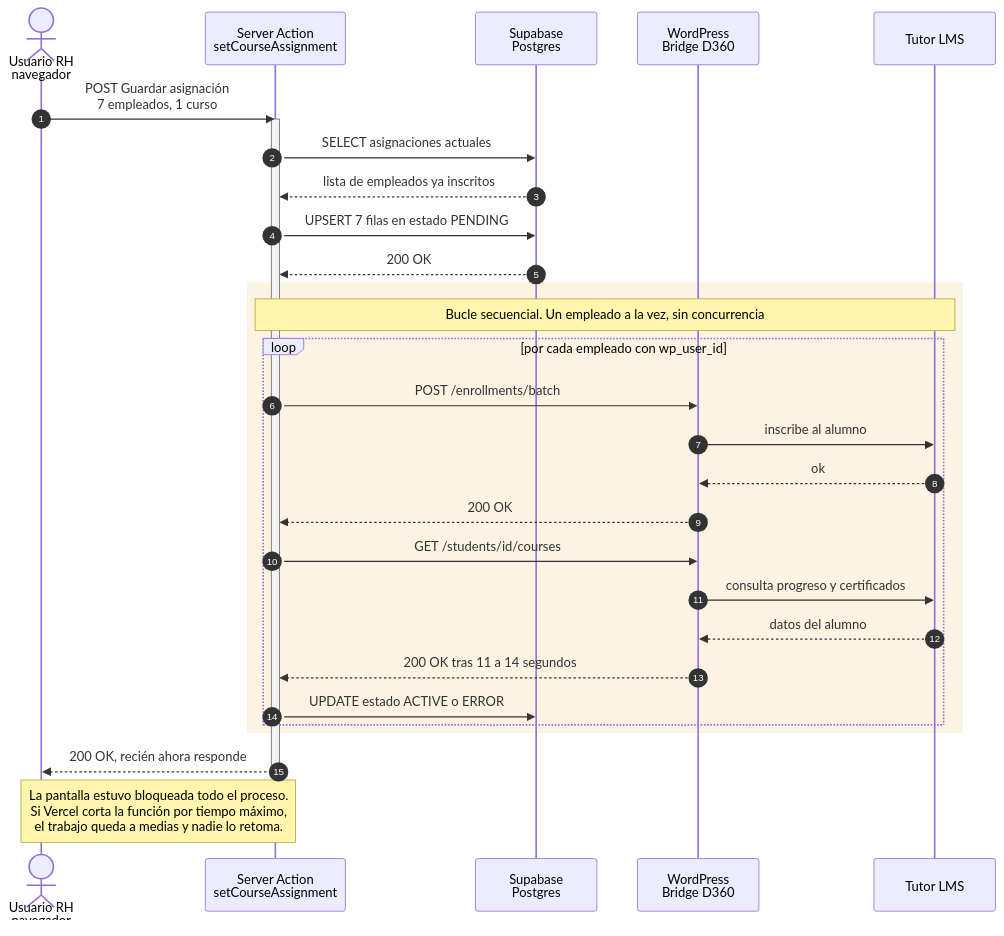
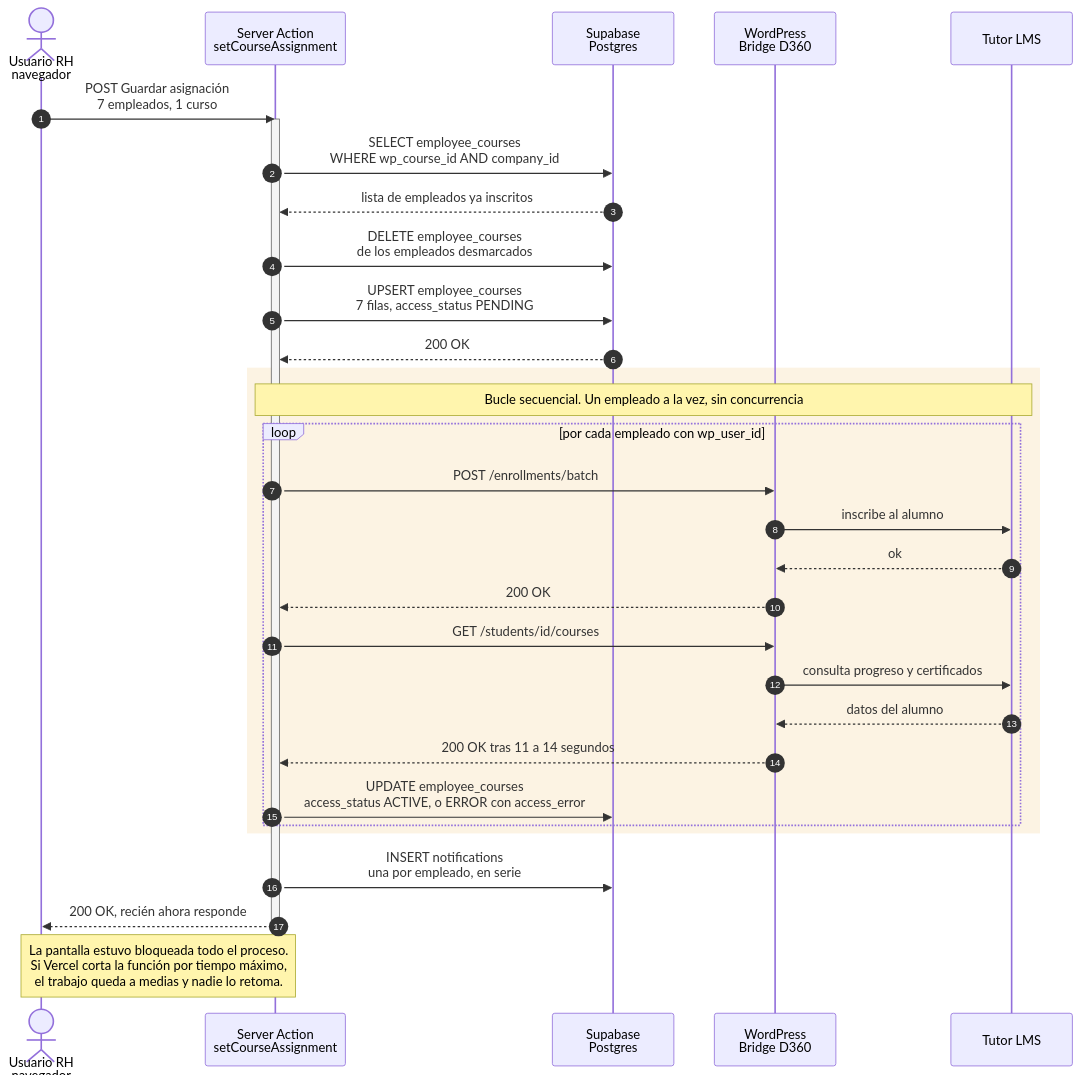
One commit to Paytini/desarrolla_sistema changed the first of 4 diagrams in docs-observability/PLAN-COLA-ASIGNACIONES.md. Above: the diagram before and after it, drawn with Mermaid. The commit also changed other lines of this file and 2 other files, not shown here.

First line of the commit message:
docs: análisis del plugin puente con Tutor LMS

````diff
--- a/docs-observability/PLAN-COLA-ASIGNACIONES.md
+++ b/docs-observability/PLAN-COLA-ASIGNACIONES.md
@@ -75,38 +92,40 @@
 ```mermaid
 sequenceDiagram
     autonumber
     actor RH as Usuario RH<br/>navegador
     participant SA as Server Action<br/>setCourseAssignment
     participant PG as Supabase<br/>Postgres
     participant WP as WordPress<br/>Bridge D360
     participant TU as Tutor LMS
 
     RH->>SA: POST Guardar asignación<br/>7 empleados, 1 curso
     activate SA
 
-    SA->>PG: SELECT asignaciones actuales
+    SA->>PG: SELECT employee_courses<br/>WHERE wp_course_id AND company_id
     PG-->>SA: lista de empleados ya inscritos
 
-    SA->>PG: UPSERT 7 filas en estado PENDING
+    SA->>PG: DELETE employee_courses<br/>de los empleados desmarcados
+    SA->>PG: UPSERT employee_courses<br/>7 filas, access_status PENDING
     PG-->>SA: 200 OK
 
     rect rgb(252, 243, 227)
     Note over SA,TU: Bucle secuencial. Un empleado a la vez, sin concurrencia
     loop por cada empleado con wp_user_id
         SA->>WP: POST /enrollments/batch
         WP->>TU: inscribe al alumno
         TU-->>WP: ok
         WP-->>SA: 200 OK
         SA->>WP: GET /students/id/courses
         WP->>TU: consulta progreso y certificados
         TU-->>WP: datos del alumno
         WP-->>SA: 200 OK tras 11 a 14 segundos
-        SA->>PG: UPDATE estado ACTIVE o ERROR
+        SA->>PG: UPDATE employee_courses<br/>access_status ACTIVE, o ERROR con access_error
     end
     end
 
+    SA->>PG: INSERT notifications<br/>una por empleado, en serie
     SA-->>RH: 200 OK, recién ahora responde
     deactivate SA
 
     Note over RH,SA: La pantalla estuvo bloqueada todo el proceso.<br/>Si Vercel corta la función por tiempo máximo,<br/>el trabajo queda a medias y nadie lo retoma.
 ```
````
